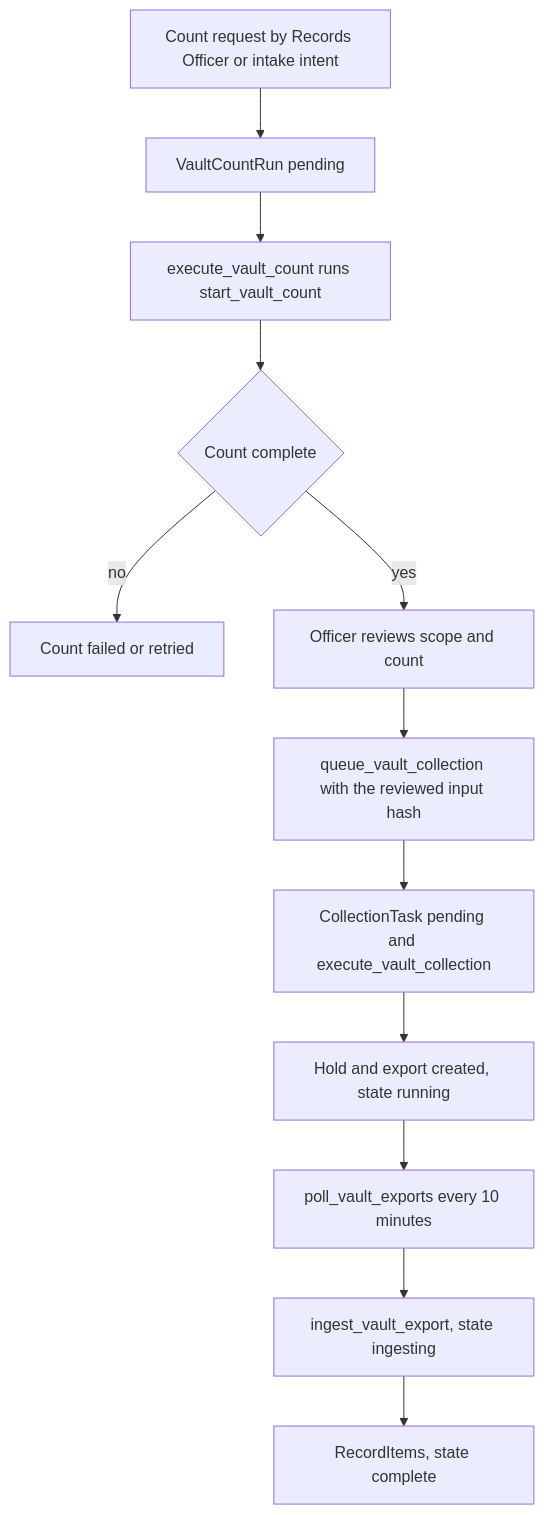
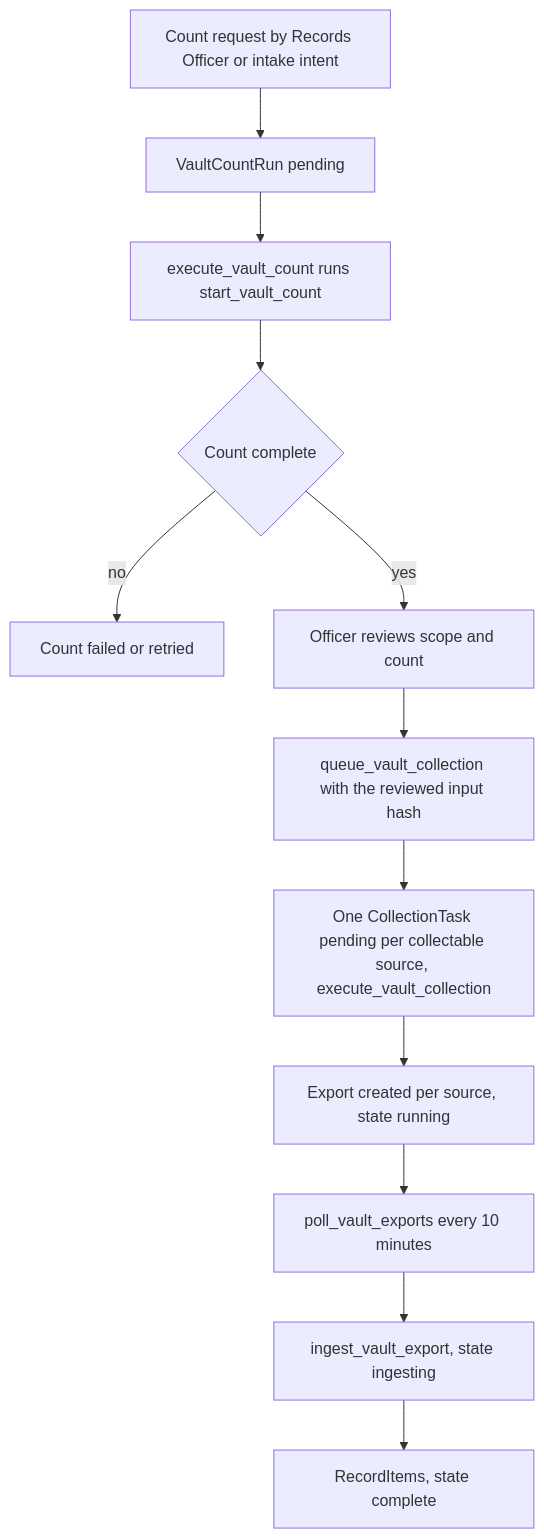
One commit to psd401/psd401-prr changed the first of 3 diagrams in openwiki/domain/collection-and-vault.md. Above: the diagram before and after it, drawn with Mermaid. The commit also changed other lines of this file and 6 other files, not shown here.

````diff
--- a/openwiki/domain/collection-and-vault.md
+++ b/openwiki/domain/collection-and-vault.md
@@ -68,14 +69,14 @@
 ```mermaid
 flowchart TD
     A[Count request by Records Officer or intake intent] --> B[VaultCountRun pending]
     B --> C[execute_vault_count runs start_vault_count]
     C --> D{Count complete}
     D -->|no| E[Count failed or retried]
     D -->|yes| F[Officer reviews scope and count]
     F --> G[queue_vault_collection with the reviewed input hash]
-    G --> H[CollectionTask pending and execute_vault_collection]
-    H --> I[Hold and export created, state running]
+    G --> H[One CollectionTask pending per collectable source, execute_vault_collection]
+    H --> I[Export created per source, state running]
     I --> J[poll_vault_exports every 10 minutes]
     J --> K[ingest_vault_export, state ingesting]
     K --> L[RecordItems, state complete]
 ```
````
